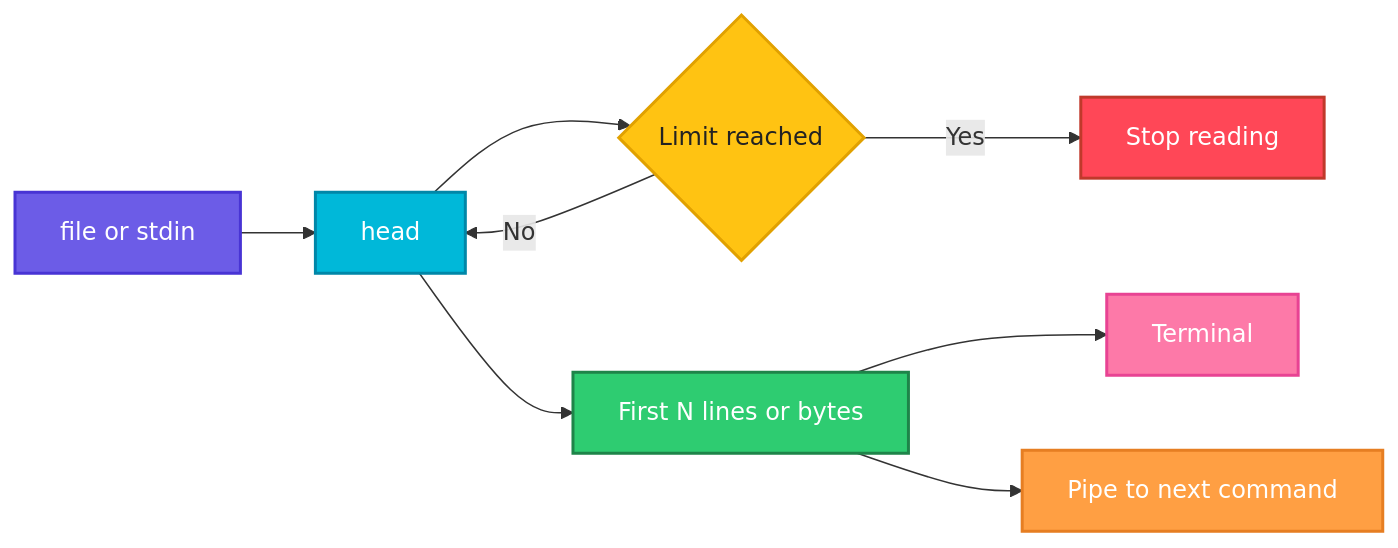
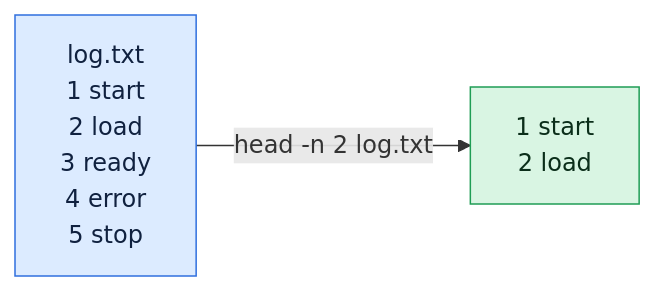
The diagram in linux/file-management/head.md (codeKerdosTech/DevOps-Documentation), drawn with Mermaid before and after one commit. The commit also changed other lines of this file and 165 other files, not shown here.

Commit message:
updated diagrams in linux

````diff
--- a/linux/file-management/head.md
+++ b/linux/file-management/head.md
@@ -14,24 +14,11 @@
 ```mermaid
 flowchart LR
-    A[file or stdin] --> B[head]
-    B --> C{Limit reached}
-    C -->|No| B
-    C -->|Yes| D[Stop reading]
-    B --> E[First N lines or bytes]
-    E --> F[Terminal]
-    E --> G[Pipe to next command]
-    classDef start fill:#6C5CE7,stroke:#4834D4,stroke-width:2px,color:#fff
-    classDef proc fill:#00B8D9,stroke:#0087A8,stroke-width:2px,color:#fff
-    classDef dec fill:#FFC312,stroke:#E1A100,stroke-width:2px,color:#222
-    classDef ok fill:#2ECC71,stroke:#1E8449,stroke-width:2px,color:#fff
-    classDef err fill:#FF4757,stroke:#C0392B,stroke-width:2px,color:#fff
-    classDef out fill:#FD79A8,stroke:#E84393,stroke-width:2px,color:#fff
-    classDef alt fill:#FF9F43,stroke:#E67E22,stroke-width:2px,color:#fff
-    class A start
-    class B proc
-    class C dec
-    class D err
-    class E ok
-    class F out
-    class G alt
+    i1[log.txt<br/>1 start<br/>2 load<br/>3 ready<br/>4 error<br/>5 stop] -->|head -n 2 log.txt| o1[1 start<br/>2 load]
+    classDef inp fill:#DCEBFF,stroke:#2F6FDE,color:#10213F
+    classDef cmd fill:#FFF0C2,stroke:#C98A00,color:#3A2A00
+    classDef out fill:#D9F5E3,stroke:#1F9D55,color:#0B2E1A
+    classDef bad fill:#FDE0E0,stroke:#D13B3B,color:#4A0F0F
+    classDef note fill:#ECEFF3,stroke:#7B8794,color:#1F2933
+    class i1 inp
+    class o1 out
 ```
````
